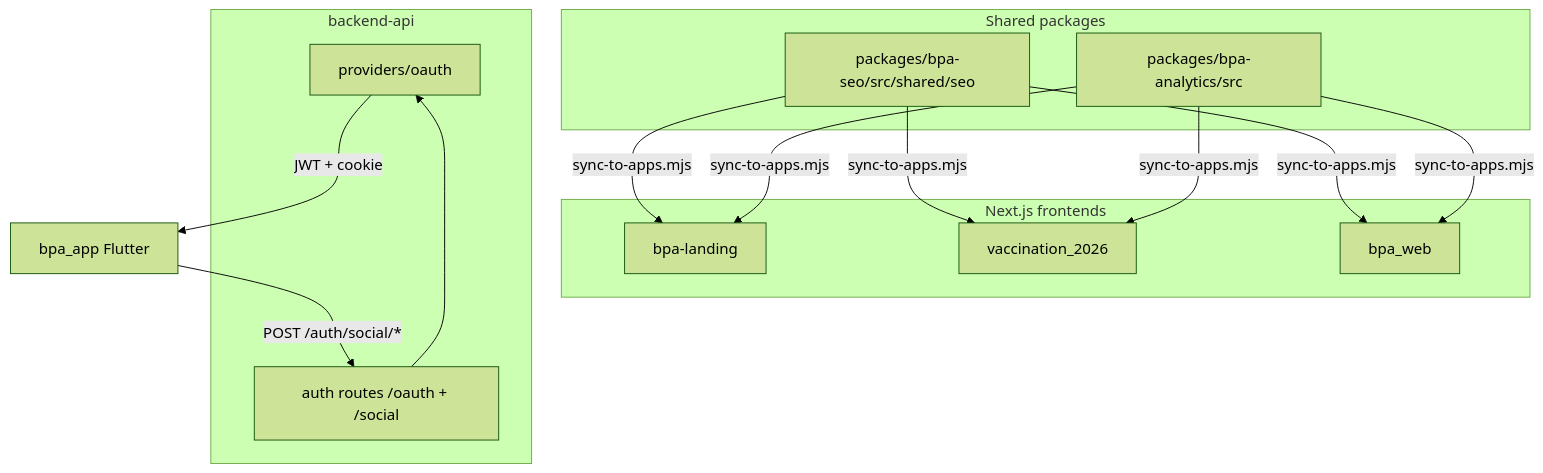
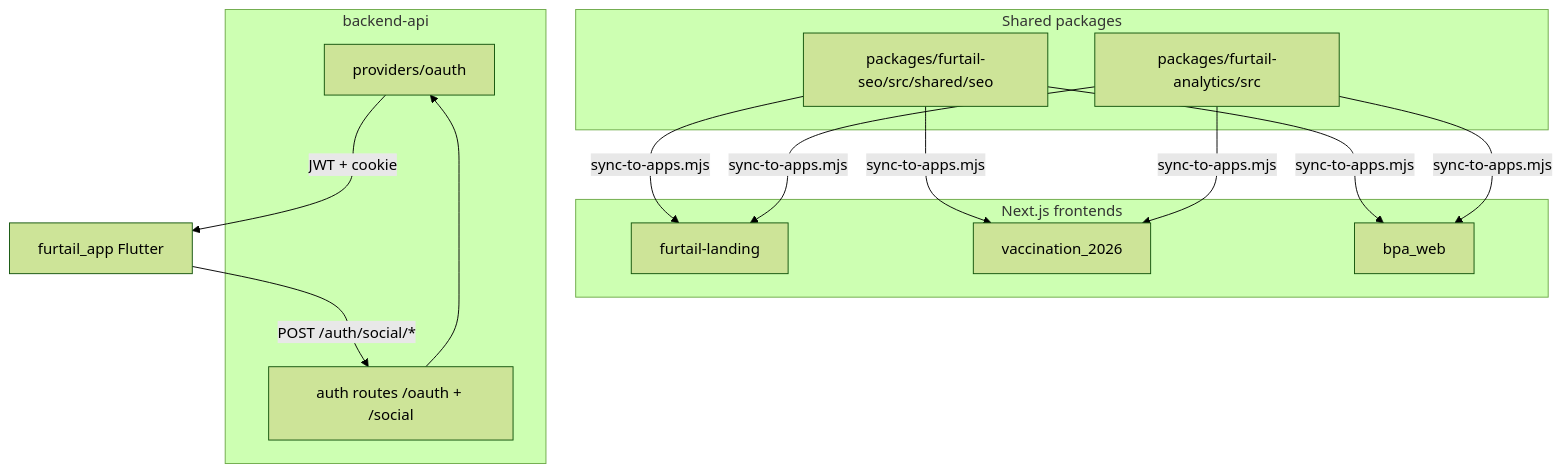
The diagram in docs/setup/SEO_AND_AUTH_SETUP.md (balagpetcare/furtail_api), drawn with Mermaid (forest theme) before and after one commit. The commit also changed other lines of this file and 375 other files, not shown here.

````diff
--- a/docs/setup/SEO_AND_AUTH_SETUP.md
+++ b/docs/setup/SEO_AND_AUTH_SETUP.md
@@ -57,29 +57,29 @@
 ```mermaid
 flowchart TB
   subgraph packages [Shared packages]
-    SEO["packages/bpa-seo/src/shared/seo"]
-    ANA["packages/bpa-analytics/src"]
+    SEO["packages/furtail-seo/src/shared/seo"]
+    ANA["packages/furtail-analytics/src"]
   end
 
   subgraph frontends [Next.js frontends]
-    LAND["bpa-landing"]
+    LAND["furtail-landing"]
     VAC["vaccination_2026"]
     WEB["bpa_web"]
   end
 
   subgraph api [backend-api]
     OAUTH["providers/oauth"]
     AUTH["auth routes /oauth + /social"]
   end
 
   SEO -->|sync-to-apps.mjs| LAND
   SEO -->|sync-to-apps.mjs| VAC
   SEO -->|sync-to-apps.mjs| WEB
   ANA -->|sync-to-apps.mjs| LAND
   ANA -->|sync-to-apps.mjs| VAC
   ANA -->|sync-to-apps.mjs| WEB
 
-  APP["bpa_app Flutter"] -->|POST /auth/social/*| AUTH
+  APP["furtail_app Flutter"] -->|POST /auth/social/*| AUTH
   AUTH --> OAUTH
   OAUTH -->|JWT + cookie| APP
 ```
````
